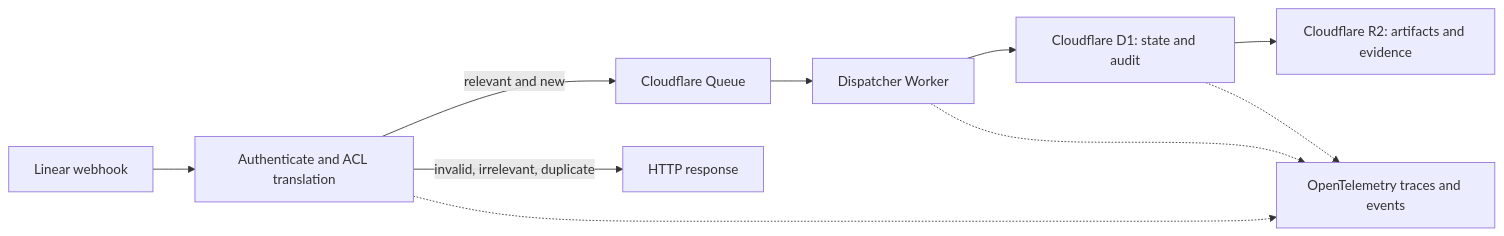
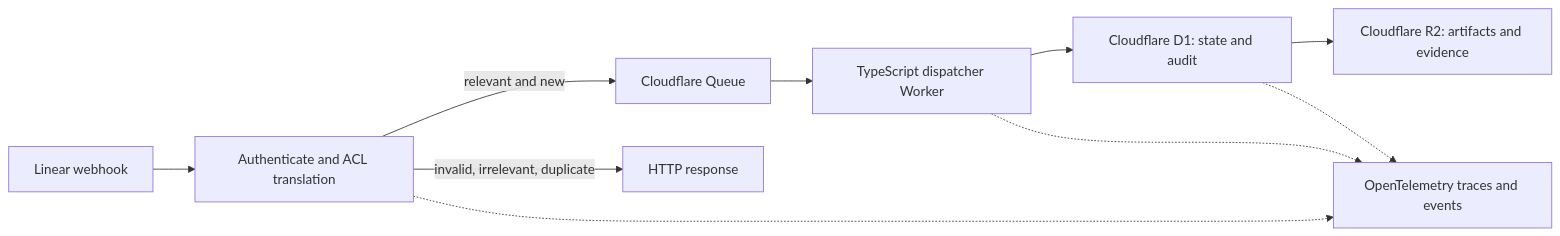
Before and after one commit to sachinkundu/deos: the diagram in openspec/changes/initial-architecture/design.md, drawn with Mermaid. The commit also changed other lines of this file and 14 other files, not shown here.

````diff
--- a/openspec/changes/initial-architecture/design.md
+++ b/openspec/changes/initial-architecture/design.md
@@ -21,12 +21,12 @@
 ```mermaid
 flowchart LR
   request[Linear webhook] --> ingress[Authenticate and ACL translation]
   ingress -->|relevant and new| queue[Cloudflare Queue]
   ingress -->|invalid, irrelevant, duplicate| response[HTTP response]
-  queue --> dispatcher[Dispatcher Worker]
+  queue --> dispatcher[TypeScript dispatcher Worker]
   dispatcher --> state[Cloudflare D1: state and audit]
   state --> artifacts[Cloudflare R2: artifacts and evidence]
   ingress -.-> telemetry[OpenTelemetry traces and events]
   dispatcher -.-> telemetry
   state -.-> telemetry
 ```
````
